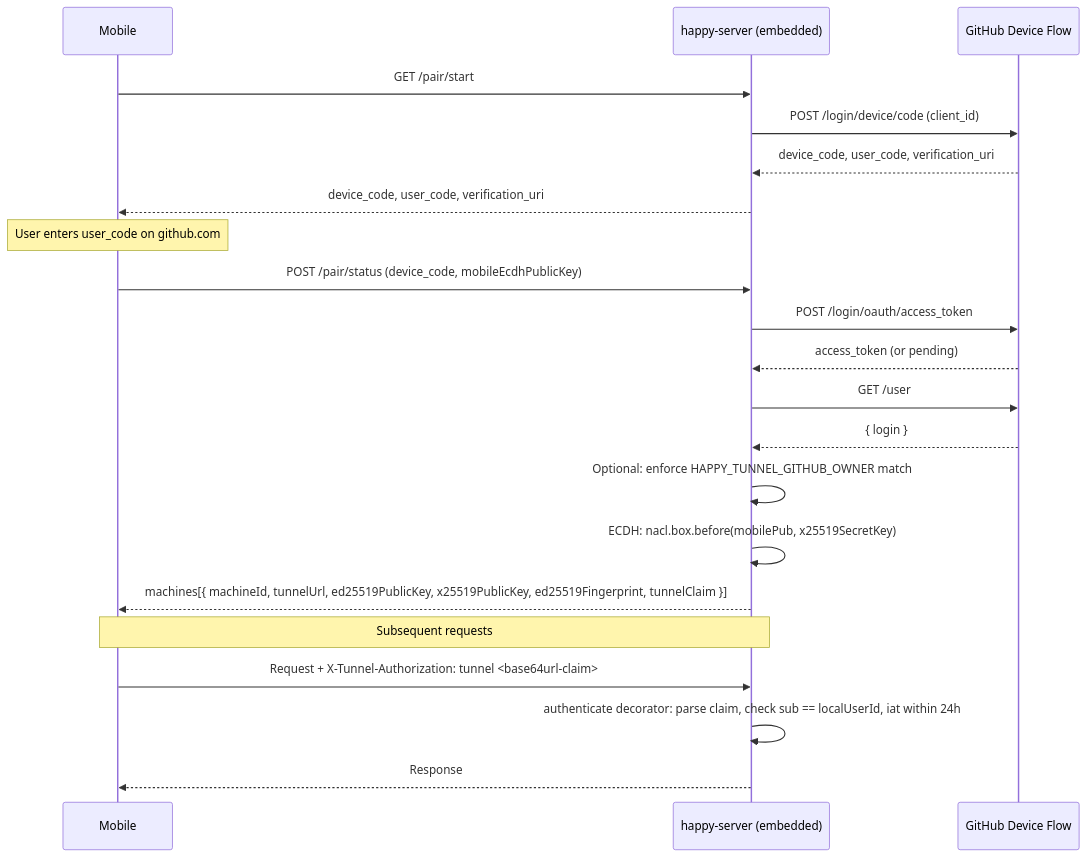
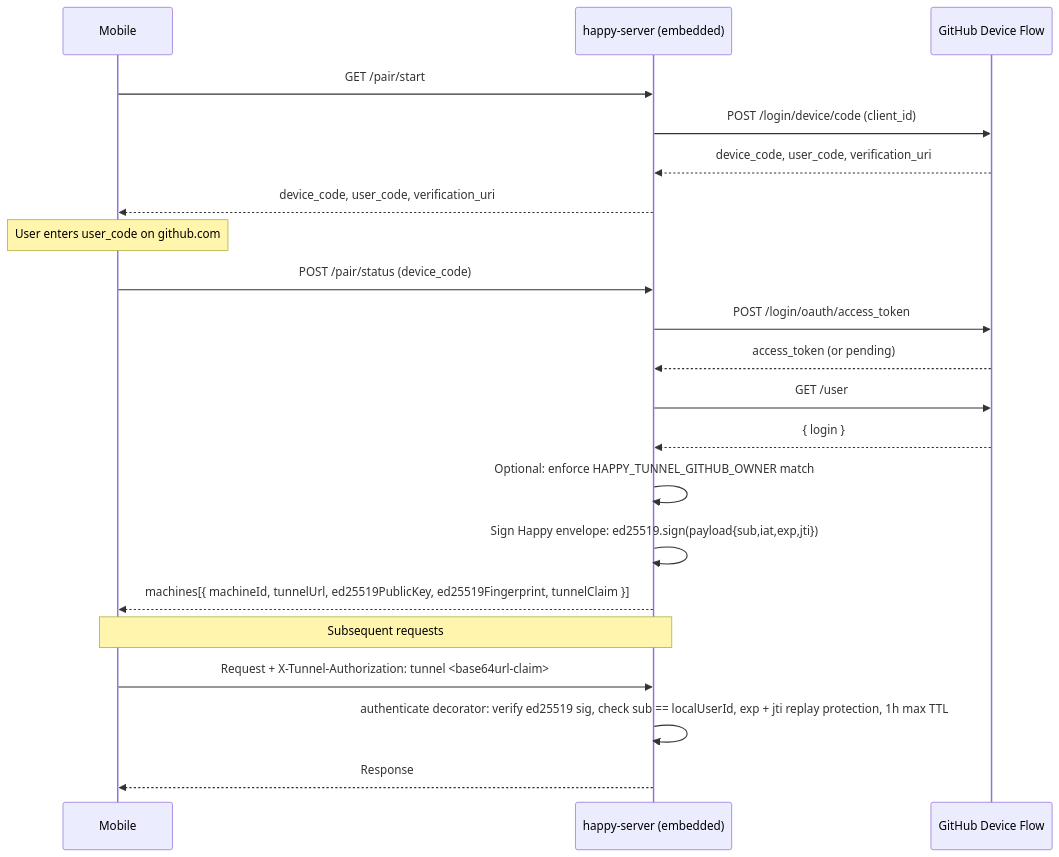
Before and after one commit to Evyatar108/happy: the fourth of 9 diagrams in docs/backend-architecture.md, drawn with Mermaid. The commit also changed 1 other file, not shown here.

Commit message:
fix: [F-006] - remove stale ECDH/iat-24h and usage-report doc references
Update backend-architecture.md sequence diagram: drop mobileEcdhPublicKey
param, replace nacl.box.before ECDH step with ed25519.sign Happy envelope,
drop x25519PublicKey from response, replace 'iat within 24h' with exp+jti
replay protection description. Update cli-architecture.md: remove usage-report
from ApiSessionClient mermaid diagram and prose emit list.

````diff
--- a/docs/backend-architecture.md
+++ b/docs/backend-architecture.md
@@ -157,28 +157,28 @@
 ```mermaid
 sequenceDiagram
     participant Mobile
     participant Server as happy-server (embedded)
     participant GH as GitHub Device Flow
 
     Mobile->>Server: GET /pair/start
     Server->>GH: POST /login/device/code (client_id)
     GH-->>Server: device_code, user_code, verification_uri
     Server-->>Mobile: device_code, user_code, verification_uri
 
     Note over Mobile: User enters user_code on github.com
 
-    Mobile->>Server: POST /pair/status (device_code, mobileEcdhPublicKey)
+    Mobile->>Server: POST /pair/status (device_code)
     Server->>GH: POST /login/oauth/access_token
     GH-->>Server: access_token (or pending)
     Server->>GH: GET /user
     GH-->>Server: { login }
     Server->>Server: Optional: enforce HAPPY_TUNNEL_GITHUB_OWNER match
-    Server->>Server: ECDH: nacl.box.before(mobilePub, x25519SecretKey)
-    Server-->>Mobile: machines[{ machineId, tunnelUrl, ed25519PublicKey, x25519PublicKey, ed25519Fingerprint, tunnelClaim }]
+    Server->>Server: Sign Happy envelope: ed25519.sign(payload{sub,iat,exp,jti})
+    Server-->>Mobile: machines[{ machineId, tunnelUrl, ed25519PublicKey, ed25519Fingerprint, tunnelClaim }]
 
     Note over Mobile,Server: Subsequent requests
 
     Mobile->>Server: Request + X-Tunnel-Authorization: tunnel <base64url-claim>
-    Server->>Server: authenticate decorator: parse claim, check sub == localUserId, iat within 24h
+    Server->>Server: authenticate decorator: verify ed25519 sig, check sub == localUserId, exp + jti replay protection, 1h max TTL
     Server-->>Mobile: Response
 ```
````
